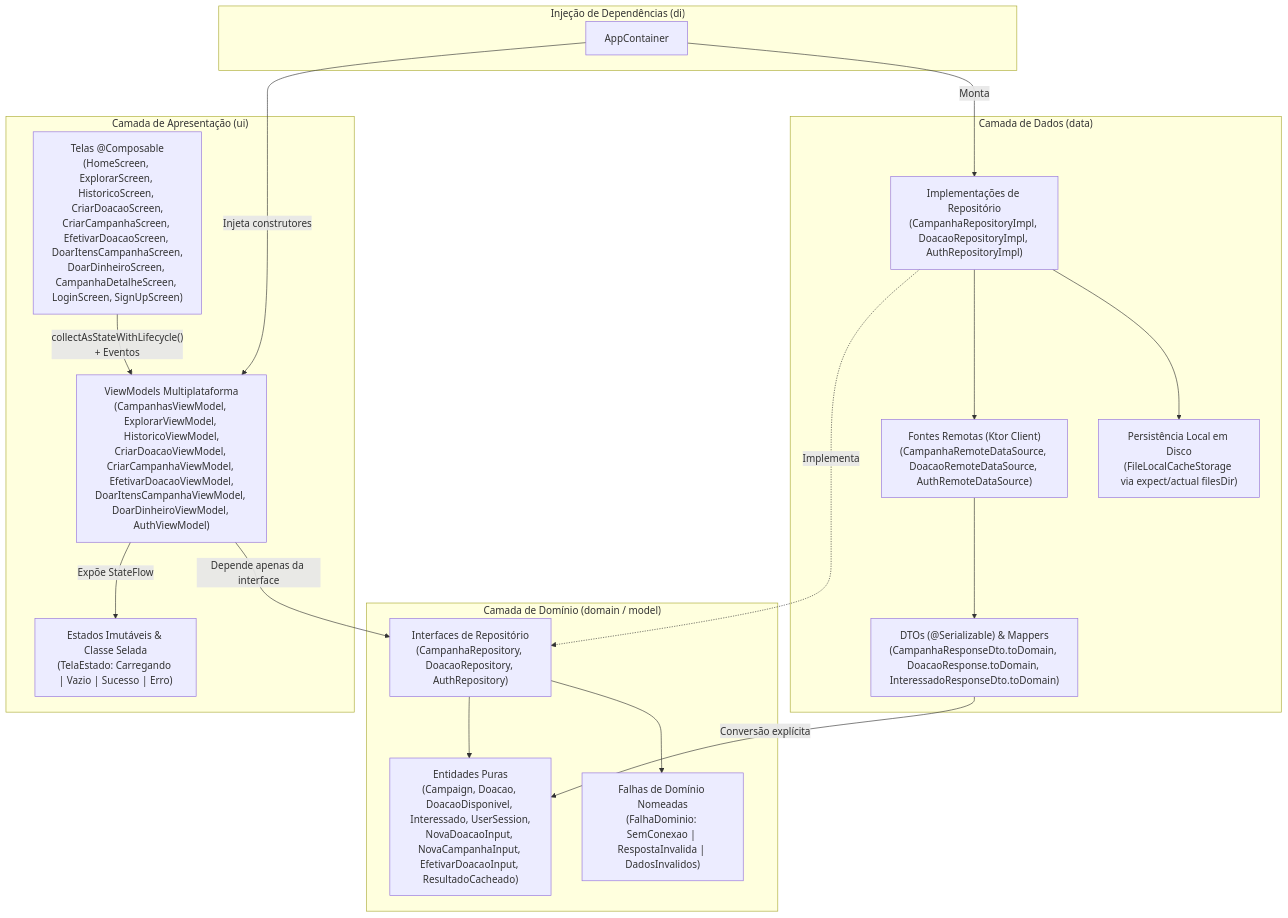
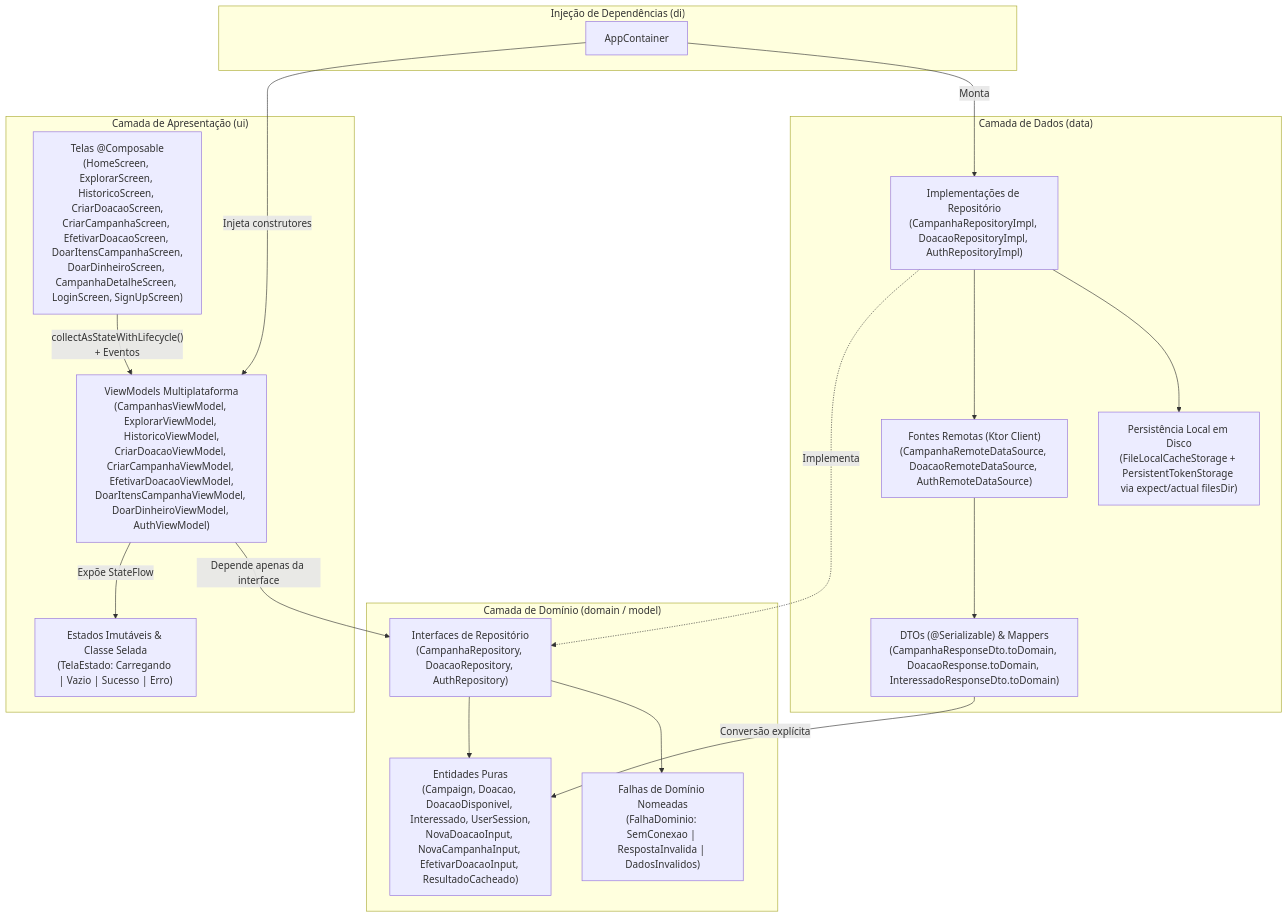
The first of 2 diagrams in docs/arquitetura.md (Henrique-Barbosaa/donation-app), drawn with Mermaid before and after one commit. The commit also changed other lines of this file and 73 other files, not shown here.

````diff
--- a/docs/arquitetura.md
+++ b/docs/arquitetura.md
@@ -11,38 +11,38 @@
 ```mermaid
 flowchart TD
     subgraph UI["Camada de Apresentação (ui)"]
         Screens["Telas @Composable\n(HomeScreen, ExplorarScreen, HistoricoScreen, CriarDoacaoScreen,\nCriarCampanhaScreen, EfetivarDoacaoScreen, DoarItensCampanhaScreen,\nDoarDinheiroScreen, CampanhaDetalheScreen, LoginScreen, SignUpScreen)"]
         ViewModels["ViewModels Multiplataforma\n(CampanhasViewModel, ExplorarViewModel, HistoricoViewModel,\nCriarDoacaoViewModel, CriarCampanhaViewModel, EfetivarDoacaoViewModel,\nDoarItensCampanhaViewModel, DoarDinheiroViewModel, AuthViewModel)"]
         TelaEstado["Estados Imutáveis & Classe Selada\n(TelaEstado: Carregando | Vazio | Sucesso | Erro)"]
     end
 
     subgraph DOMAIN["Camada de Domínio (domain / model)"]
         Entities["Entidades Puras\n(Campaign, Doacao, DoacaoDisponivel, Interessado, UserSession,\nNovaDoacaoInput, NovaCampanhaInput, EfetivarDoacaoInput, ResultadoCacheado)"]
         RepoInterfaces["Interfaces de Repositório\n(CampanhaRepository, DoacaoRepository, AuthRepository)"]
         DomainErrors["Falhas de Domínio Nomeadas\n(FalhaDominio: SemConexao | RespostaInvalida | DadosInvalidos)"]
     end
 
     subgraph DATA["Camada de Dados (data)"]
         RepoImpl["Implementações de Repositório\n(CampanhaRepositoryImpl, DoacaoRepositoryImpl, AuthRepositoryImpl)"]
         RemoteDS["Fontes Remotas (Ktor Client)\n(CampanhaRemoteDataSource, DoacaoRemoteDataSource, AuthRemoteDataSource)"]
         DTOs["DTOs (@Serializable) & Mappers\n(CampanhaResponseDto.toDomain, DoacaoResponse.toDomain, InteressadoResponseDto.toDomain)"]
-        LocalCache["Persistência Local em Disco\n(FileLocalCacheStorage via expect/actual filesDir)"]
+        LocalCache["Persistência Local em Disco\n(FileLocalCacheStorage + PersistentTokenStorage via expect/actual filesDir)"]
     end
 
     subgraph DI["Injeção de Dependências (di)"]
         Container["AppContainer"]
     end
 
     Screens -->|"collectAsStateWithLifecycle()\n+ Eventos"| ViewModels
     ViewModels -->|"Expõe StateFlow"| TelaEstado
     ViewModels -->|"Depende apenas da interface"| RepoInterfaces
     RepoInterfaces --> Entities
     RepoInterfaces --> DomainErrors
     RepoImpl -.->|"Implementa"| RepoInterfaces
     RepoImpl --> RemoteDS
     RepoImpl --> LocalCache
     RemoteDS --> DTOs
     DTOs -->|"Conversão explícita"| Entities
     Container -->|"Injeta construtores"| ViewModels
     Container -->|"Monta"| RepoImpl
 ```
````
